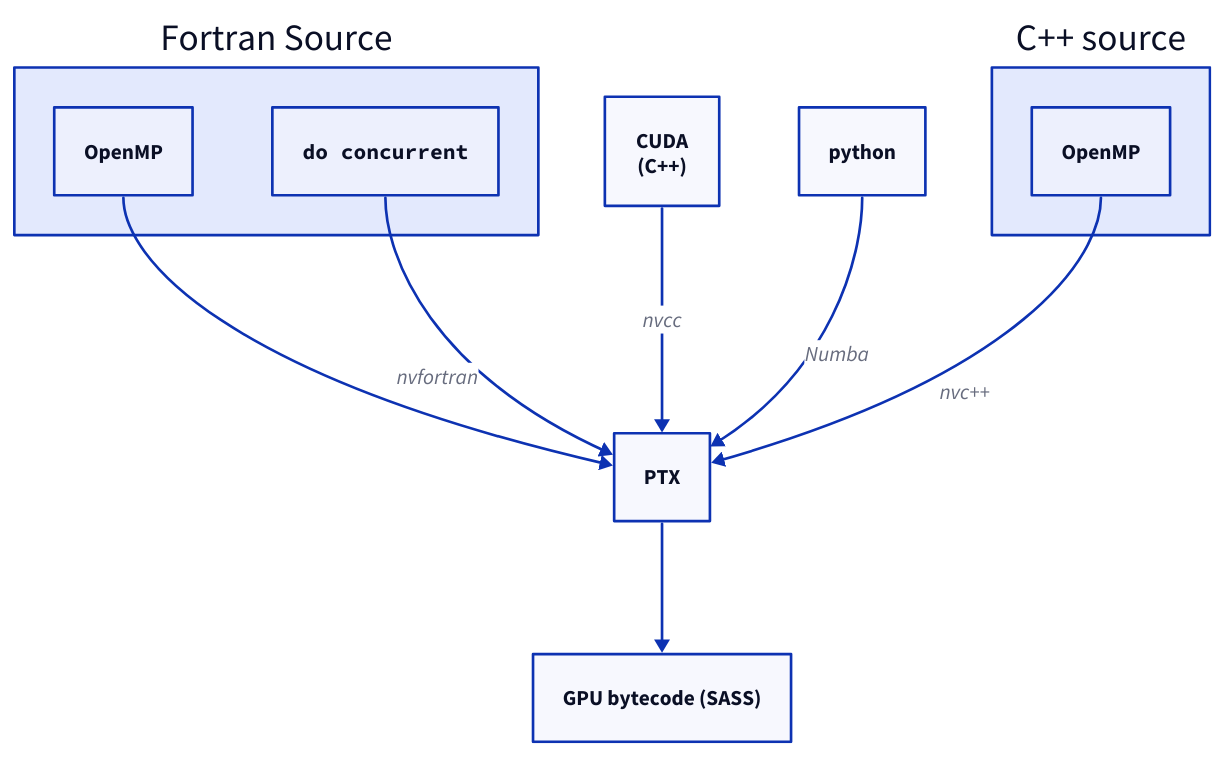
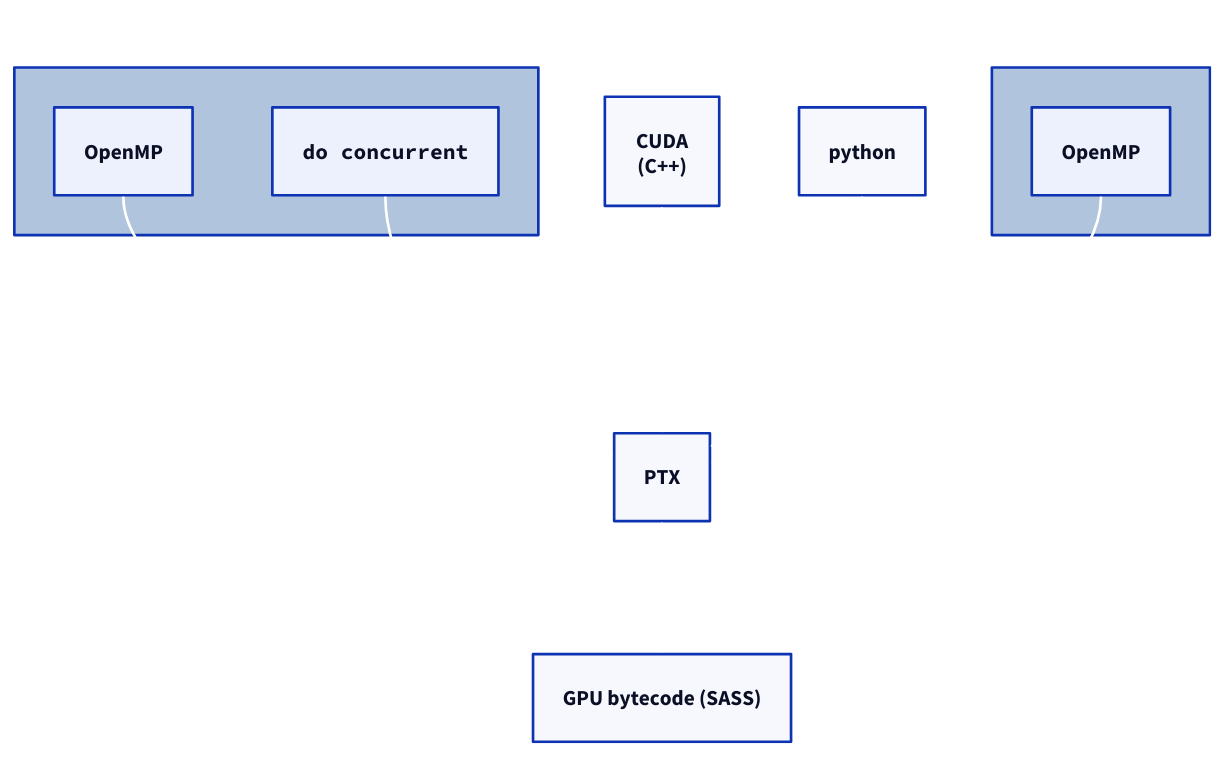
The diagram in d2/gengpu.d2 (marshallward/sewg2026), drawn with D2 before and after one commit. The commit also changed 2 other files, not shown here.

Commit message:
D2 image creation ; PTX figure
Goodbye graphviz.  Work in progress of course

```diff
--- a/d2/gengpu.d2
+++ b/d2/gengpu.d2
@@ -1,36 +1,58 @@
+style.fill: transparent
+
 fortran: {
     label: Fortran Source
+    style.font-color: white
+    style.fill: lightsteelblue
     openmp {
         label: OpenMP
     }
     do_conc {
         label: do concurrent
         style.font: mono
     }
 }
 
 cuda_cpp {
     label: CUDA\n(C++)
 }
 
 cpp {
     label: C++ source
+    style.font-color: white
+    style.fill: lightsteelblue
     openmp {
         label: OpenMP
     }
 }
 
 ptx {
     label: PTX
 }
 
 sass {
     label: GPU bytecode (SASS)
 }
 
-fortran.openmp -> ptx
-cpp.openmp -> ptx: nvc++
-fortran.do_conc -> ptx: nvfortran
-python -> ptx: Numba
-cuda_cpp -> ptx: nvcc
-ptx -> sass
+fortran.openmp -> ptx {
+    style.stroke: white
+}
+cpp.openmp -> ptx: nvc++ {
+    style.stroke: white
+    style.font-color: white
+}
+fortran.do_conc -> ptx: nvfortran {
+    style.stroke: white
+    style.font-color: white
+}
+python -> ptx: Numba {
+    style.stroke: white
+    style.font-color: white
+}
+cuda_cpp -> ptx: nvcc {
+    style.stroke: white
+    style.font-color: white
+}
+ptx -> sass {
+    style.stroke: white
+}
```
